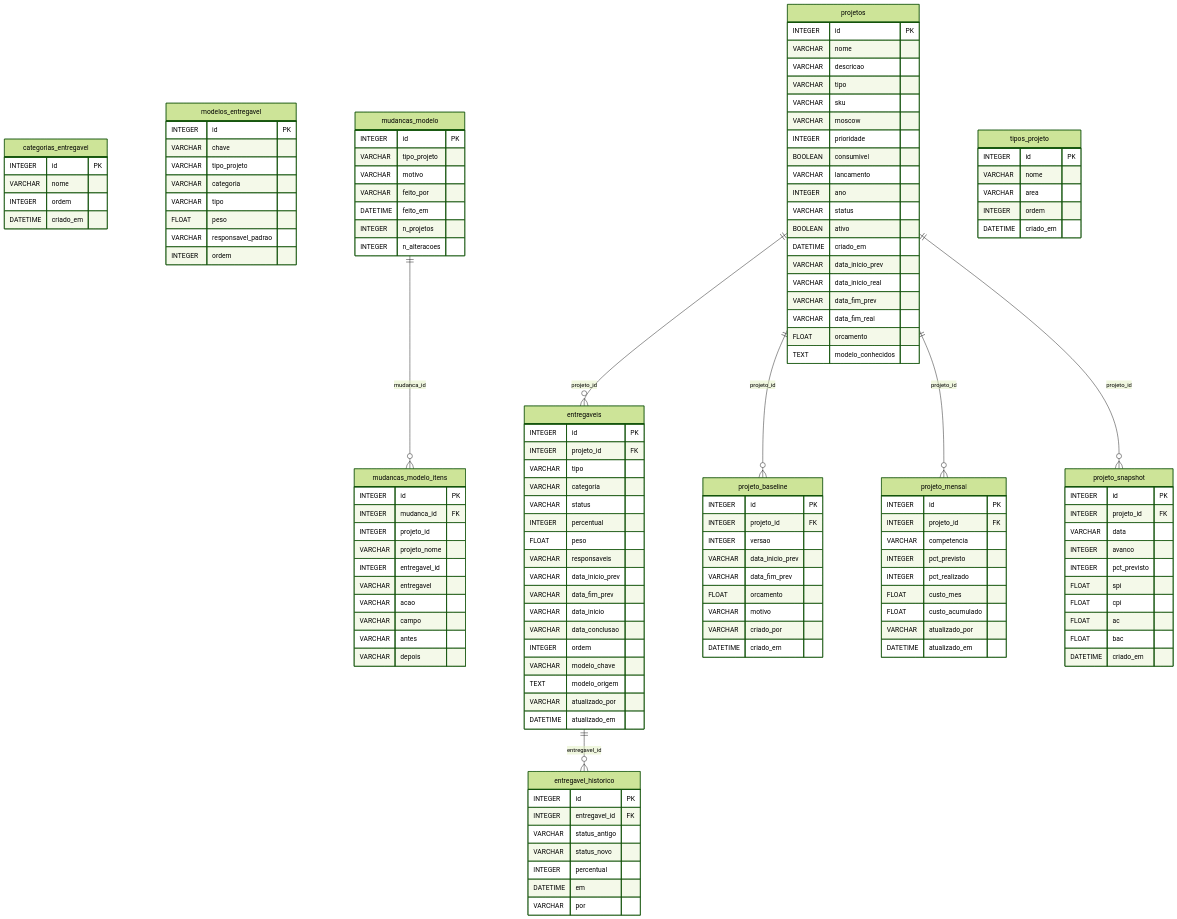
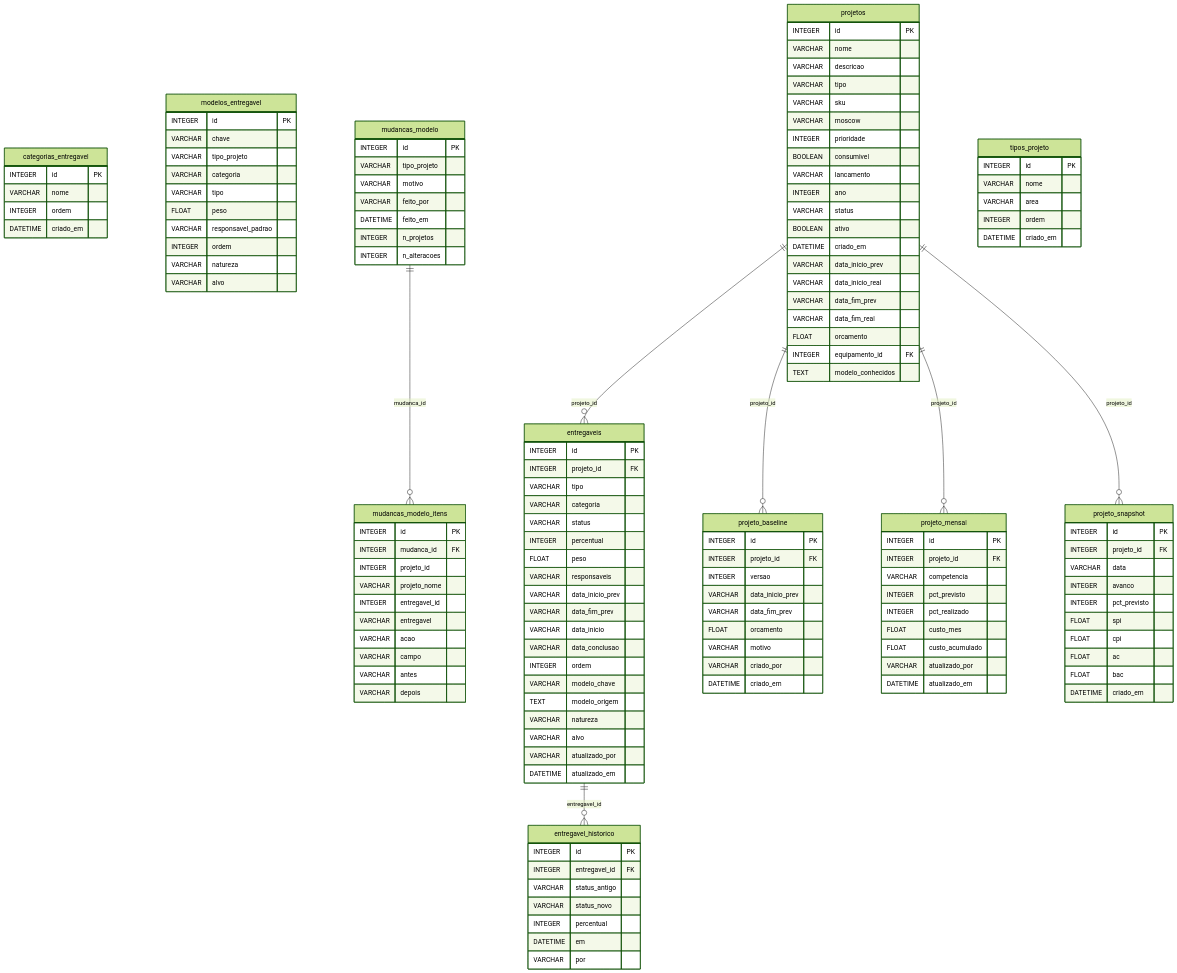
Before and after one commit to Melkbonfa/doctrack: the fifth of 11 diagrams in docs/referencia/dados.md, drawn with Mermaid (forest theme). The commit also changed other lines of this file and 26 other files, not shown here.

```diff
--- a/docs/referencia/dados.md
+++ b/docs/referencia/dados.md
@@ -731,6 +731,8 @@
         INTEGER ordem
         VARCHAR modelo_chave
         TEXT modelo_origem
+        VARCHAR natureza
+        VARCHAR alvo
         VARCHAR atualizado_por
         DATETIME atualizado_em
     }
@@ -752,6 +754,8 @@
         FLOAT peso
         VARCHAR responsavel_padrao
         INTEGER ordem
+        VARCHAR natureza
+        VARCHAR alvo
     }
     mudancas_modelo {
         INTEGER id PK
@@ -827,6 +831,7 @@
         VARCHAR data_fim_prev
         VARCHAR data_fim_real
         FLOAT orcamento
+        INTEGER equipamento_id FK
         TEXT modelo_conhecidos
     }
     tipos_projeto {
```
